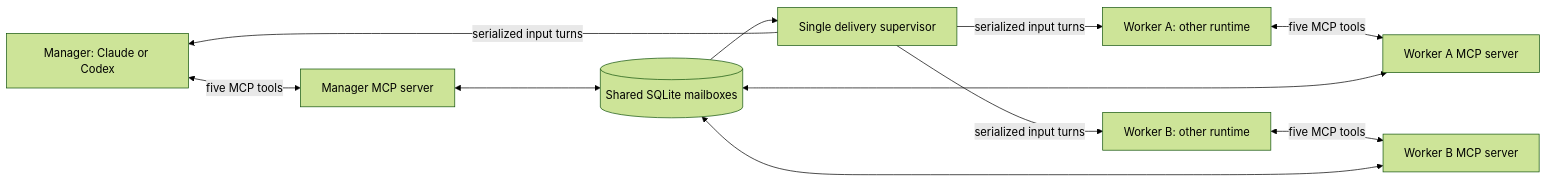
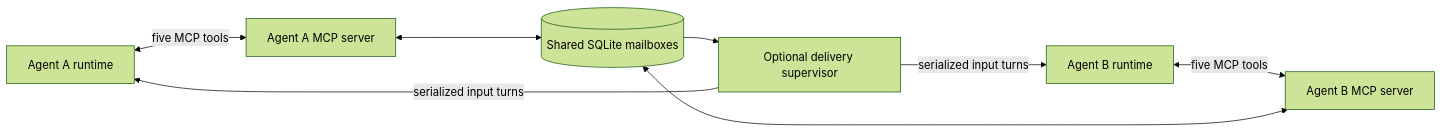
Before and after one commit to harinaralasetty/agent_relay: the diagram in docs/architecture.md, drawn with Mermaid (forest theme). The commit also changed other lines of this file and 1 other file, not shown here.

Commit message:
Describe model-agnostic peer relay and optional model integration

````diff
--- a/docs/architecture.md
+++ b/docs/architecture.md
@@ -8,13 +8,10 @@
 ```mermaid
 flowchart LR
-    M["Manager: Claude or Codex"] <-->|five MCP tools| MM["Manager MCP server"]
-    A["Worker A: other runtime"] <-->|five MCP tools| MA["Worker A MCP server"]
-    B["Worker B: other runtime"] <-->|five MCP tools| MB["Worker B MCP server"]
-    MM <--> DB[(Shared SQLite mailboxes)]
-    MA <--> DB
+    A["Agent A runtime"] <-->|five MCP tools| MA["Agent A MCP server"]
+    B["Agent B runtime"] <-->|five MCP tools| MB["Agent B MCP server"]
+    MA <--> DB[(Shared SQLite mailboxes)]
     MB <--> DB
-    DB --> S["Single delivery supervisor"]
-    S -->|serialized input turns| M
+    DB --> S["Optional delivery supervisor"]
     S -->|serialized input turns| A
     S -->|serialized input turns| B
 ```
````
